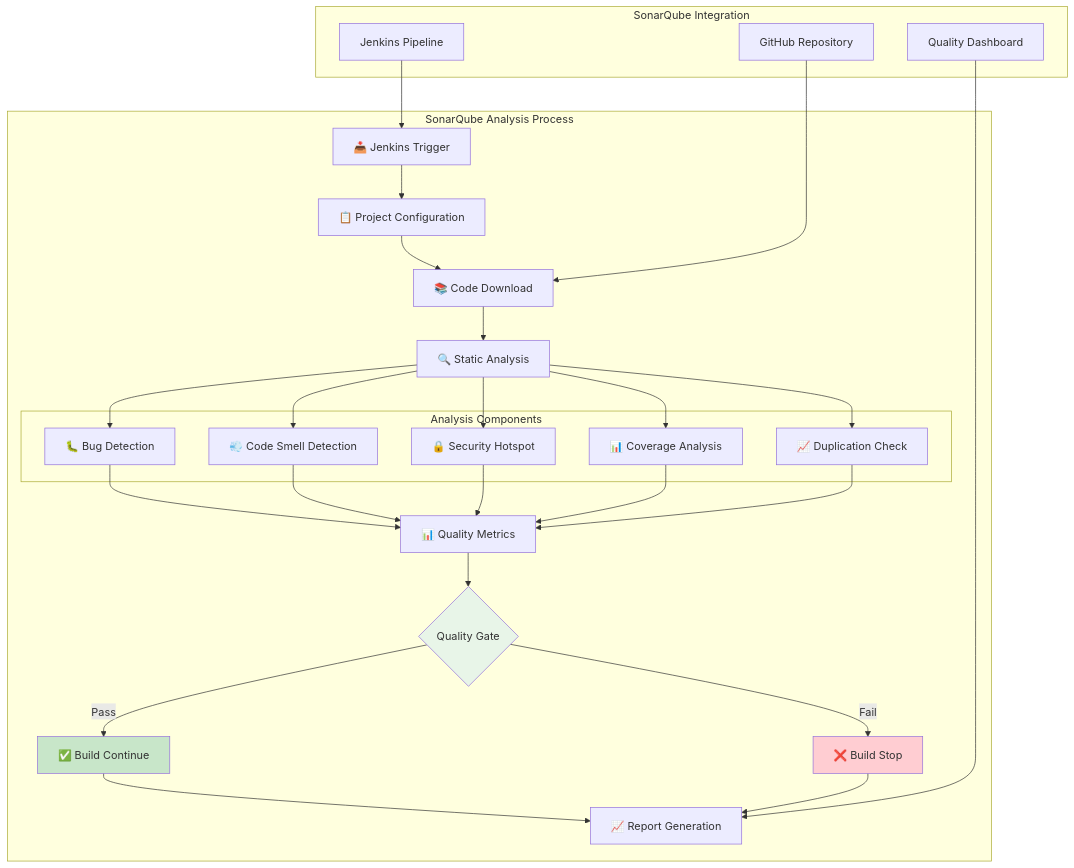
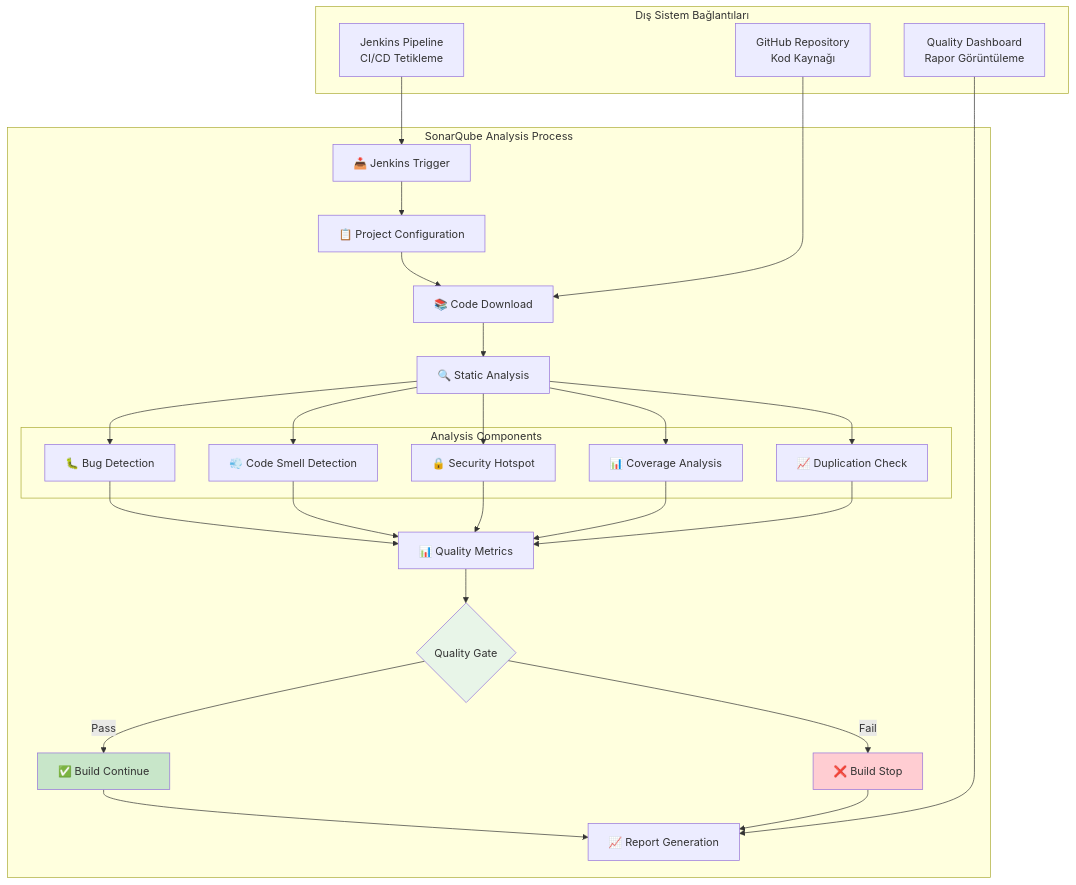
The fourth of 9 diagrams in detailed-devops-diagrams.md (onurglr/aws-pipeline), drawn with Mermaid before and after one commit. The commit also changed other lines of this file, not shown here.

````diff
--- a/detailed-devops-diagrams.md
+++ b/detailed-devops-diagrams.md
@@ -133,45 +133,45 @@
 ```mermaid
 graph TB
     subgraph "SonarQube Analysis Process"
         A[📥 Jenkins Trigger] --> B[📋 Project Configuration]
         B --> C[📚 Code Download]
         C --> D[🔍 Static Analysis]
         
         subgraph "Analysis Components"
             D1[🐛 Bug Detection]
             D2[💨 Code Smell Detection]
             D3[🔒 Security Hotspot]
             D4[📊 Coverage Analysis]
             D5[📈 Duplication Check]
         end
         
         D --> D1
         D --> D2
         D --> D3
         D --> D4
         D --> D5
         
         D1 --> E[📊 Quality Metrics]
         D2 --> E
         D3 --> E
         D4 --> E
         D5 --> E
         
         E --> F{Quality Gate}
         F -->|Pass| G[✅ Build Continue]
         F -->|Fail| H[❌ Build Stop]
         
         G --> I[📈 Report Generation]
         H --> I
     end
     
-    subgraph "SonarQube Integration"
-        J[Jenkins Pipeline] --> A
-        K[GitHub Repository] --> C
-        L[Quality Dashboard] --> I
+    subgraph "Dış Sistem Bağlantıları"
+        J[Jenkins Pipeline<br/>CI/CD Tetikleme] --> A
+        K[GitHub Repository<br/>Kod Kaynağı] --> C
+        L[Quality Dashboard<br/>Rapor Görüntüleme] --> I
     end
     
     style F fill:#e8f5e8
     style G fill:#c8e6c9
     style H fill:#ffcdd2
 ```
````
